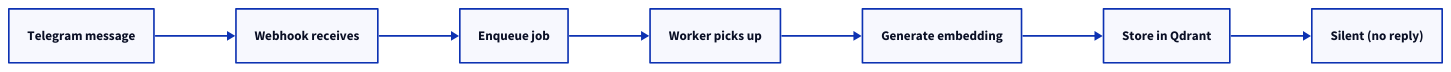
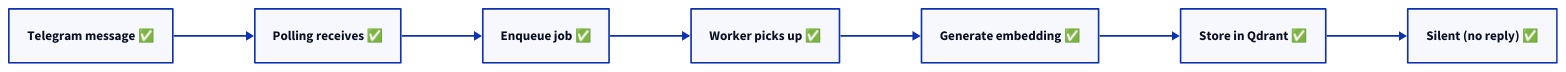
One commit to brucemckayone/knowledge-memory-system changed the fifth of 7 diagrams in TECHNICAL_PLAN.md. Above: the diagram before and after it, drawn with D2. The commit also changed other lines of this file and 72 other files, not shown here.

````diff
--- a/TECHNICAL_PLAN.md
+++ b/TECHNICAL_PLAN.md
@@ -191,13 +205,13 @@
 ```d2
 direction: right
 
-1: Telegram message
-2: Webhook receives
-3: Enqueue job
-4: Worker picks up
-5: Generate embedding
-6: Store in Qdrant
-7: Silent (no reply)
+1: Telegram message ✅
+2: Polling receives ✅
+3: Enqueue job ✅
+4: Worker picks up ✅
+5: Generate embedding ✅
+6: Store in Qdrant ✅
+7: Silent (no reply) ✅
 
 1 -> 2 -> 3 -> 4 -> 5 -> 6 -> 7
 ```
````
